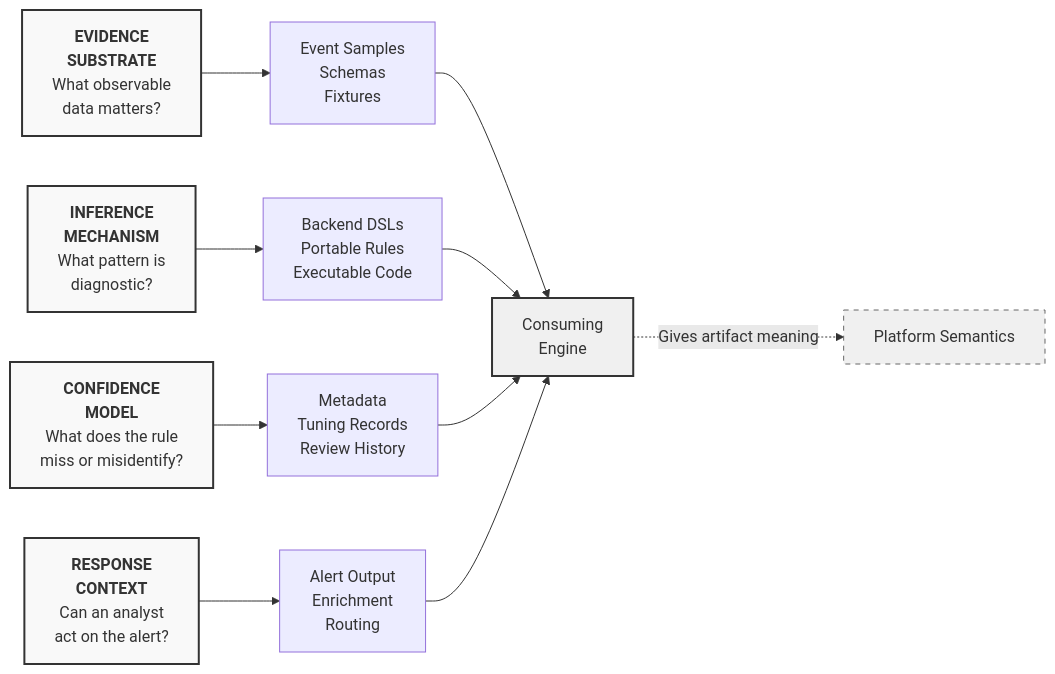
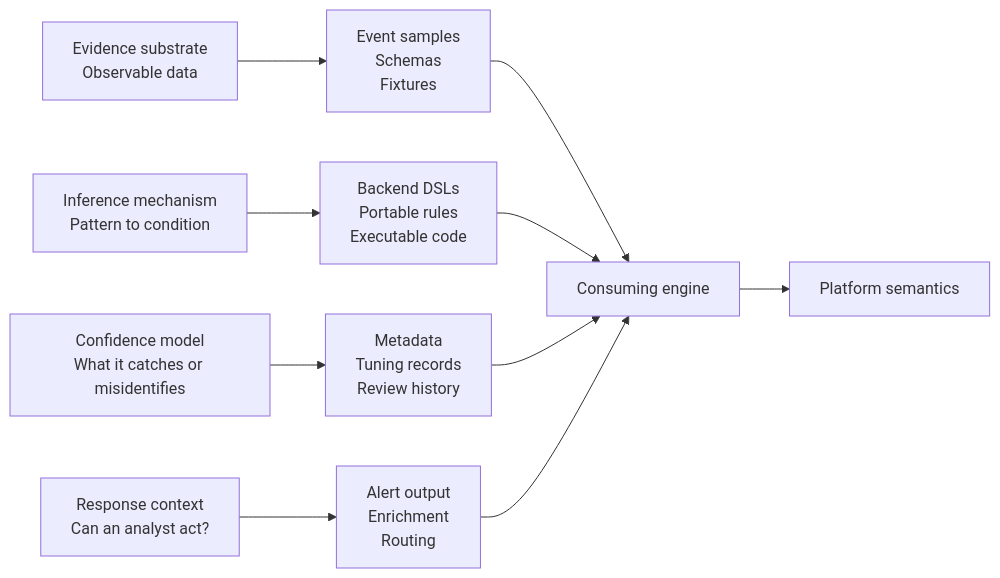
The diagram in _posts/2026-05-25-dac-concept.md (zbalkan/zbalkan.github.io), drawn with Mermaid before and after one commit. The commit also changed other lines of this file, not shown here.

First line of the commit message:
Enhance detection-as-code concept and artifact roles

````diff
--- a/_posts/2026-05-25-dac-concept.md
+++ b/_posts/2026-05-25-dac-concept.md
@@ -15,24 +23,17 @@
 ```mermaid
 graph LR
-    A["<b>EVIDENCE<br/>SUBSTRATE</b><br/>What observable<br/>data matters?"] --> B["Event Samples<br/>Schemas<br/>Fixtures"]
-    
-    C["<b>INFERENCE<br/>MECHANISM</b><br/>What pattern is<br/>diagnostic?"] --> D["Backend DSLs<br/>Portable Rules<br/>Executable Code"]
-    
-    E["<b>CONFIDENCE<br/>MODEL</b><br/>What does the rule<br/>miss or misidentify?"] --> F["Metadata<br/>Tuning Records<br/>Review History"]
-    
-    G["<b>RESPONSE<br/>CONTEXT</b><br/>Can an analyst<br/>act on the alert?"] --> H["Alert Output<br/>Enrichment<br/>Routing"]
-    
-    B --> I["Consuming<br/>Engine"]
+    A["Evidence substrate<br/>Observable data"] --> B["Event samples<br/>Schemas<br/>Fixtures"]
+
+    C["Inference mechanism<br/>Pattern to condition"] --> D["Backend DSLs<br/>Portable rules<br/>Executable code"]
+
+    E["Confidence model<br/>What it catches or misidentifies"] --> F["Metadata<br/>Tuning records<br/>Review history"]
+
+    G["Response context<br/>Can an analyst act?"] --> H["Alert output<br/>Enrichment<br/>Routing"]
+
+    B --> I["Consuming engine"]
     D --> I
     F --> I
     H --> I
-    
-    I -.->|"Gives artifact meaning"| J["Platform Semantics"]
-    
-    style A fill:#f9f9f9,stroke:#333,stroke-width:2px
-    style C fill:#f9f9f9,stroke:#333,stroke-width:2px
-    style E fill:#f9f9f9,stroke:#333,stroke-width:2px
-    style G fill:#f9f9f9,stroke:#333,stroke-width:2px
-    style I fill:#f0f0f0,stroke:#333,stroke-width:2px
-    style J fill:#f0f0f0,stroke:#666,stroke-width:1px,stroke-dasharray: 5 5
+
+    I --> J["Platform semantics"]
 ```
````
